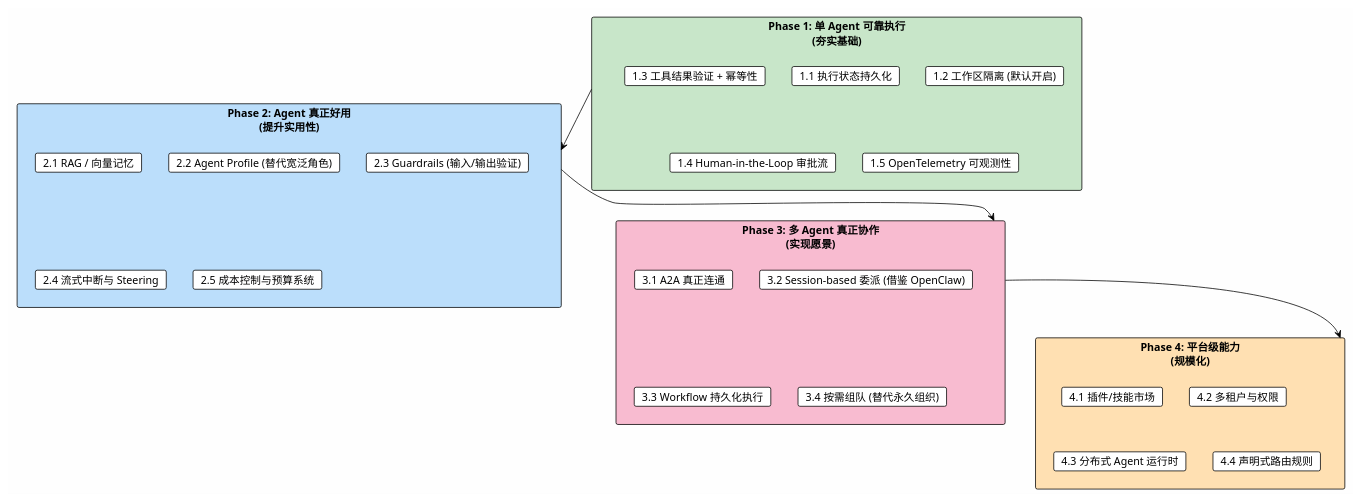
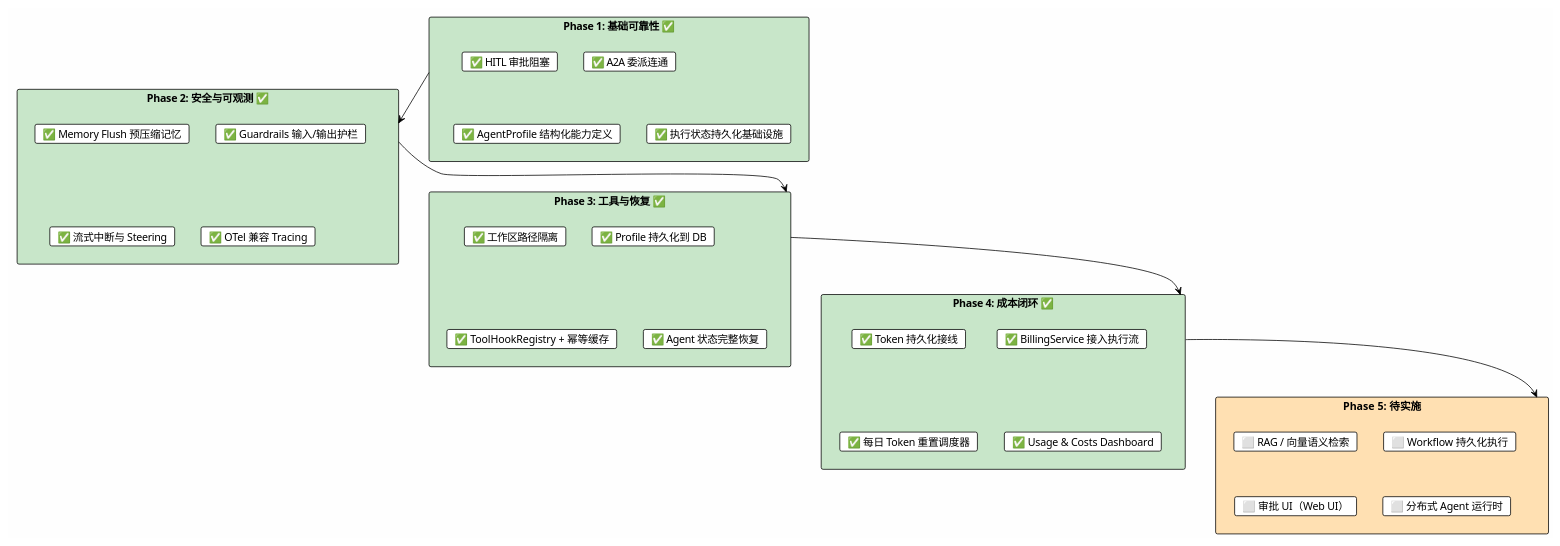
One commit to markus-global/markus changed diagram 17 of 18 in docs/architecture-analysis.md. Above: the diagram before and after it, drawn with PlantUML. The commit also changed other lines of this file and 6 other files, not shown here.

First line of the commit message:
fix: reorganize architecture doc, fix UI bugs, add DB migration safety net

````diff
--- a/docs/architecture-analysis.md
+++ b/docs/architecture-analysis.md
@@ -1293,41 +1251,47 @@
 ```plantuml
-@startuml improvement-roadmap
+@startuml implementation-progress
 !theme plain
 skinparam backgroundColor #FEFEFE
 
-rectangle "Phase 1: 单 Agent 可靠执行\n(夯实基础)" as P1 #C8E6C9 {
-  card "1.1 执行状态持久化" as P1a
-  card "1.2 工作区隔离 (默认开启)" as P1b
-  card "1.3 工具结果验证 + 幂等性" as P1c
-  card "1.4 Human-in-the-Loop 审批流" as P1d
-  card "1.5 OpenTelemetry 可观测性" as P1e
+rectangle "Phase 1: 基础可靠性 ✅" as P1 #C8E6C9 {
+  card "✅ A2A 委派连通" as P1a
+  card "✅ HITL 审批阻塞" as P1b
+  card "✅ AgentProfile 结构化能力定义" as P1c
+  card "✅ 执行状态持久化基础设施" as P1d
 }
 
-rectangle "Phase 2: Agent 真正好用\n(提升实用性)" as P2 #BBDEFB {
-  card "2.1 RAG / 向量记忆" as P2a
-  card "2.2 Agent Profile (替代宽泛角色)" as P2b
-  card "2.3 Guardrails (输入/输出验证)" as P2c
-  card "2.4 流式中断与 Steering" as P2d
-  card "2.5 成本控制与预算系统" as P2e
+rectangle "Phase 2: 安全与可观测 ✅" as P2 #C8E6C9 {
+  card "✅ Memory Flush 预压缩记忆" as P2a
+  card "✅ Guardrails 输入/输出护栏" as P2b
+  card "✅ 流式中断与 Steering" as P2c
+  card "✅ OTel 兼容 Tracing" as P2d
 }
 
-rectangle "Phase 3: 多 Agent 真正协作\n(实现愿景)" as P3 #F8BBD0 {
-  card "3.1 A2A 真正连通" as P3a
-  card "3.2 Session-based 委派 (借鉴 OpenClaw)" as P3b
-  card "3.3 Workflow 持久化执行" as P3c
-  card "3.4 按需组队 (替代永久组织)" as P3d
+rectangle "Phase 3: 工具与恢复 ✅" as P3 #C8E6C9 {
+  card "✅ 工作区路径隔离" as P3a
+  card "✅ Profile 持久化到 DB" as P3b
+  card "✅ ToolHookRegistry + 幂等缓存" as P3c
+  card "✅ Agent 状态完整恢复" as P3d
 }
 
-rectangle "Phase 4: 平台级能力\n(规模化)" as P4 #FFE0B2 {
-  card "4.1 插件/技能市场" as P4a
-  card "4.2 多租户与权限" as P4b
-  card "4.3 分布式 Agent 运行时" as P4c
-  card "4.4 声明式路由规则" as P4d
+rectangle "Phase 4: 成本闭环 ✅" as P4 #C8E6C9 {
+  card "✅ Token 持久化接线" as P4a
+  card "✅ BillingService 接入执行流" as P4b
+  card "✅ 每日 Token 重置调度器" as P4c
+  card "✅ Usage & Costs Dashboard" as P4d
+}
+
+rectangle "Phase 5: 待实施" as P5 #FFE0B2 {
+  card "⬜ RAG / 向量语义检索" as P5a
+  card "⬜ Workflow 持久化执行" as P5b
+  card "⬜ 审批 UI（Web UI）" as P5c
+  card "⬜ 分布式 Agent 运行时" as P5d
 }
 
 P1 --> P2
 P2 --> P3
 P3 --> P4
+P4 --> P5
 
 @enduml
 ```
````
